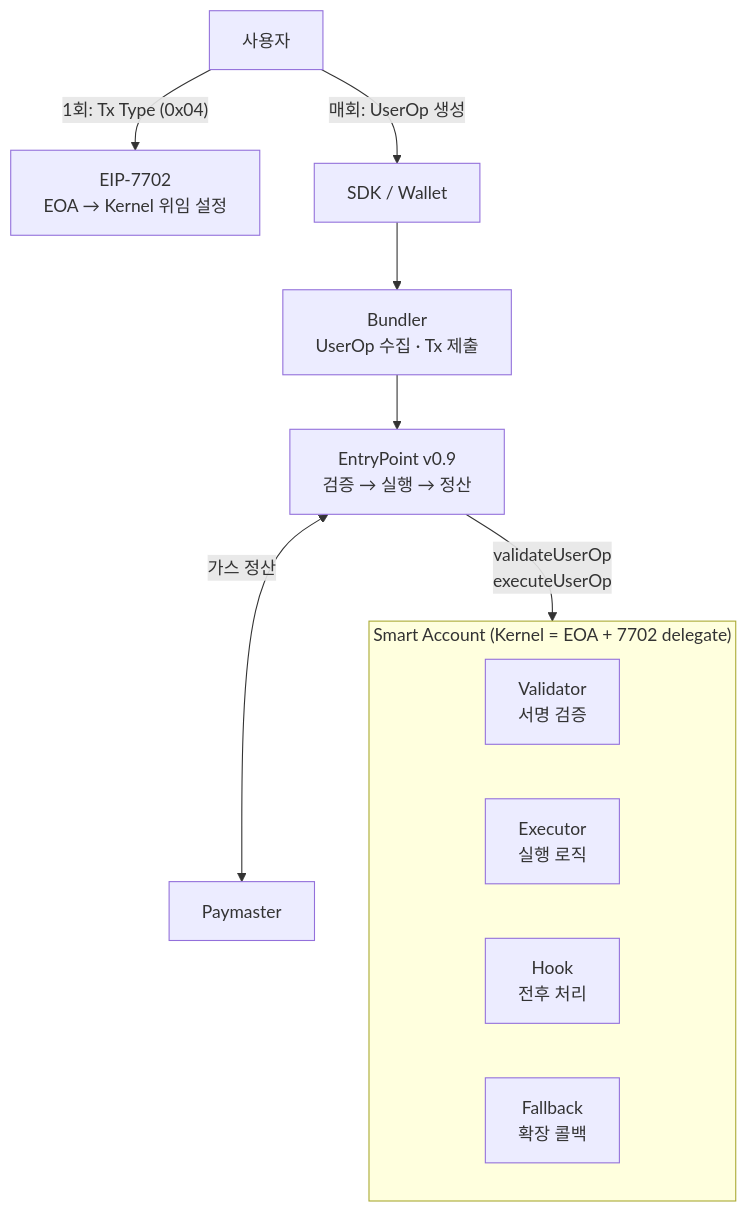
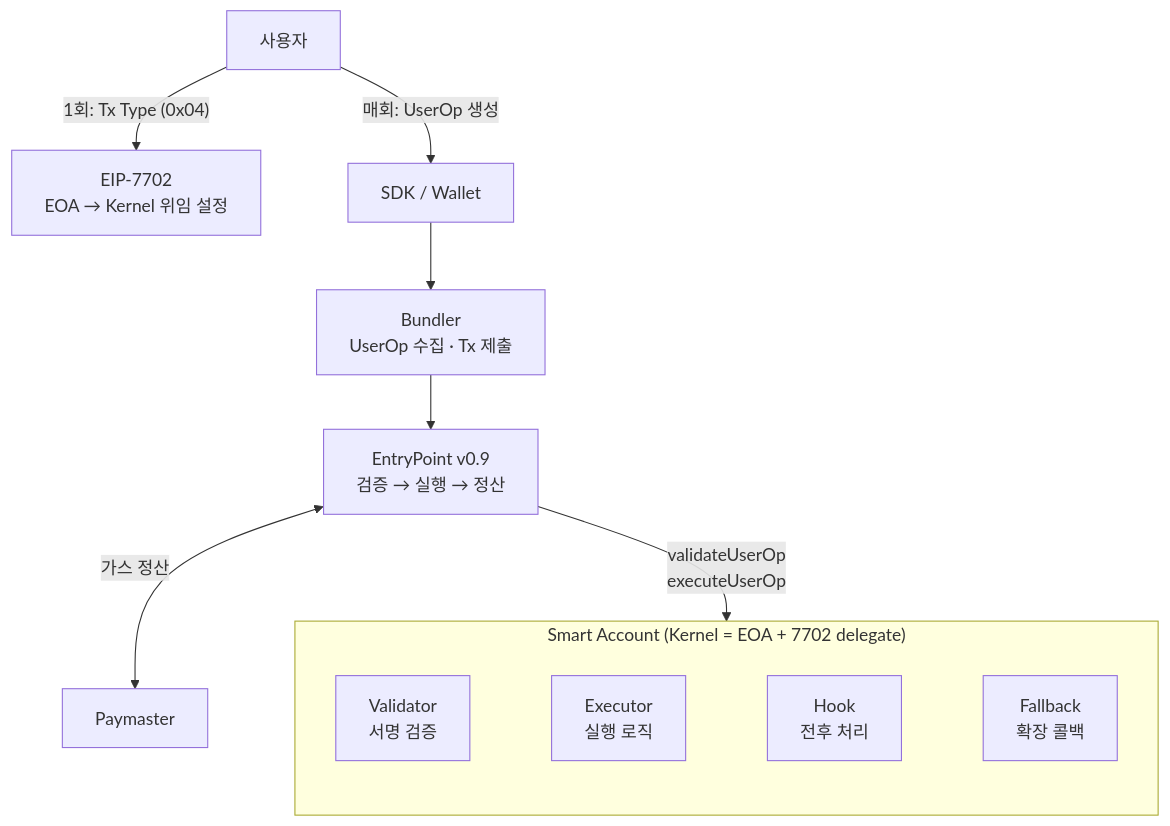
One commit to onlyhyde/stable-platform changed the diagram in docs/claude/seminar-final/00-overview.md. Above: the diagram before and after it, drawn with Mermaid. The commit also changed 1 other file, not shown here.

Commit message:
docs(seminar): reorganize ERC-7579 document structure and fix numbering
Unify four separate sections (04, 05, 2, 6) into a single consistent
5.x.y.z hierarchy, fix Mermaid diagram overlap with invisible links,
and remove duplicate module type overview.

````diff
--- a/docs/claude/seminar-final/00-overview.md
+++ b/docs/claude/seminar-final/00-overview.md
@@ -19,21 +19,23 @@
 ```mermaid
+%%{ init: { 'flowchart': { 'nodeSpacing': 80, 'rankSpacing': 50 } } }%%
 flowchart TB
     User["사용자"]
 
     User -->|"1회: Tx Type (0x04)"| SETUP["EIP-7702<br/>EOA → Kernel 위임 설정"]
     User -->|"매회: UserOp 생성"| SDK["SDK / Wallet"]
 
     SDK --> Bundler["Bundler<br/>UserOp 수집 · Tx 제출"]
     Bundler --> EP["EntryPoint v0.9<br/>검증 → 실행 → 정산"]
     EP <-->|"가스 정산"| PM["Paymaster"]
 
     EP -->|"validateUserOp<br/>executeUserOp"| KERNEL
 
     subgraph KERNEL ["Smart Account (Kernel = EOA + 7702 delegate)"]
         direction LR
         V["Validator<br/>서명 검증"]
         E["Executor<br/>실행 로직"]
         H["Hook<br/>전후 처리"]
         F["Fallback<br/>확장 콜백"]
+        V ~~~ E ~~~ H ~~~ F
     end
 ```
````
